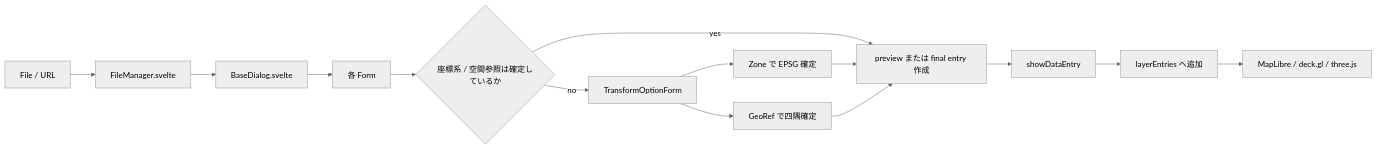
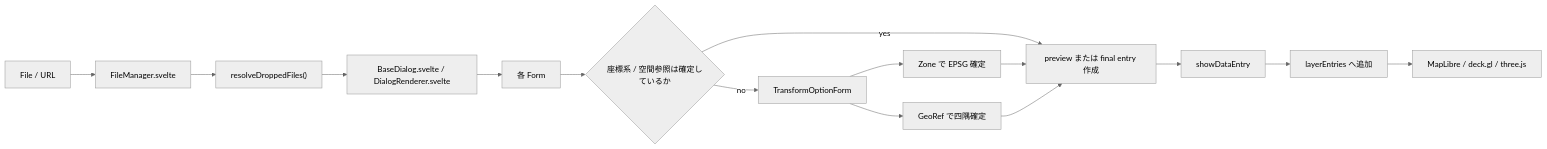
One commit to forestacdev/morivis changed the first of 6 diagrams in docs/data-pipeline.md. Above: the diagram before and after it, drawn with Mermaid (neutral theme). The commit also changed other lines of this file, not shown here.

````diff
--- a/docs/data-pipeline.md
+++ b/docs/data-pipeline.md
@@ -10,16 +10,17 @@
 ```mermaid
 flowchart LR
 	A["File / URL"] --> B["FileManager.svelte"]
-	B --> C["BaseDialog.svelte"]
-	C --> D["各 Form"]
-	D --> E{"座標系 / 空間参照は確定しているか"}
-	E -- yes --> F["preview または final entry 作成"]
-	E -- no --> G["TransformOptionForm"]
-	G --> H["Zone で EPSG 確定"]
-	G --> I["GeoRef で四隅確定"]
-	H --> F
-	I --> F
-	F --> J["showDataEntry"]
-	J --> K["layerEntries へ追加"]
-	K --> L["MapLibre / deck.gl / three.js"]
+	B --> C["resolveDroppedFiles()"]
+	C --> D["BaseDialog.svelte / DialogRenderer.svelte"]
+	D --> E["各 Form"]
+	E --> F{"座標系 / 空間参照は確定しているか"}
+	F -- yes --> G["preview または final entry 作成"]
+	F -- no --> H["TransformOptionForm"]
+	H --> I["Zone で EPSG 確定"]
+	H --> J["GeoRef で四隅確定"]
+	I --> G
+	J --> G
+	G --> K["showDataEntry"]
+	K --> L["layerEntries へ追加"]
+	L --> M["MapLibre / deck.gl / three.js"]
 ```
````
